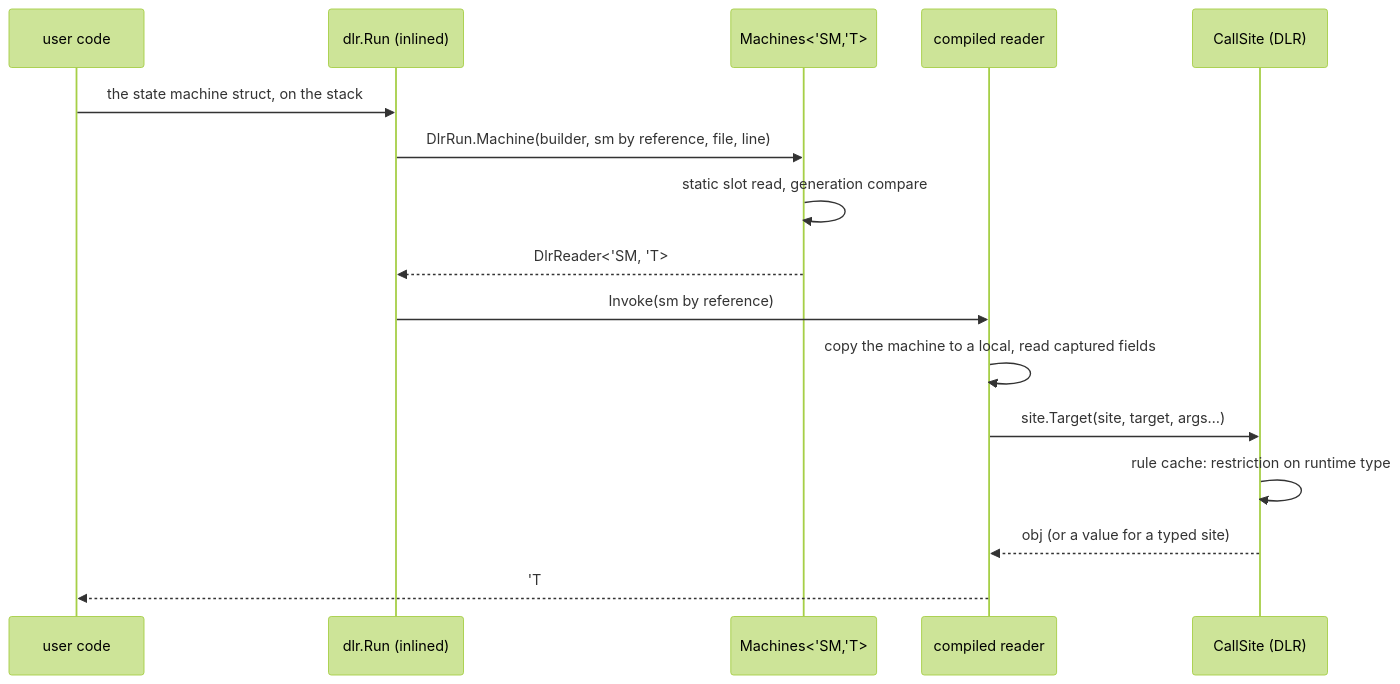
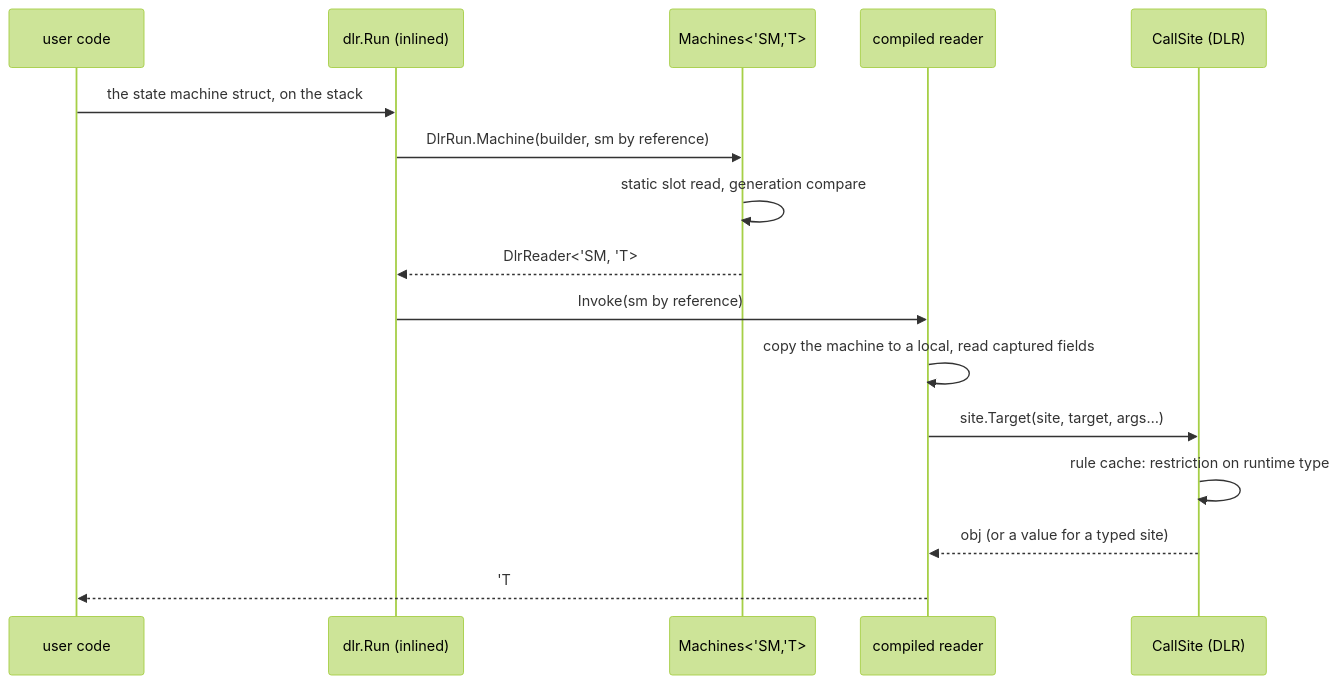
One commit to ekonbenefits/FSharp.Interop.Dlr changed the second of 3 diagrams in docs/pipeline.md. Above: the diagram before and after it, drawn with Mermaid (forest theme). The commit also changed other lines of this file and 6 other files, not shown here.

````diff
--- a/docs/pipeline.md
+++ b/docs/pipeline.md
@@ -111,19 +111,19 @@
 ```mermaid
 sequenceDiagram
     participant U as user code
     participant R as dlr.Run (inlined)
     participant M as Machines<'SM,'T>
     participant D as compiled reader
     participant C as CallSite (DLR)
 
     U->>R: the state machine struct, on the stack
-    R->>M: DlrRun.Machine(builder, sm by reference, file, line)
+    R->>M: DlrRun.Machine(builder, sm by reference)
     M->>M: static slot read, generation compare
     M-->>R: DlrReader<'SM, 'T>
     R->>D: Invoke(sm by reference)
     D->>D: copy the machine to a local, read captured fields
     D->>C: site.Target(site, target, args…)
     C->>C: rule cache: restriction on runtime type
     C-->>D: obj (or a value for a typed site)
     D-->>U: 'T
 ```
````
